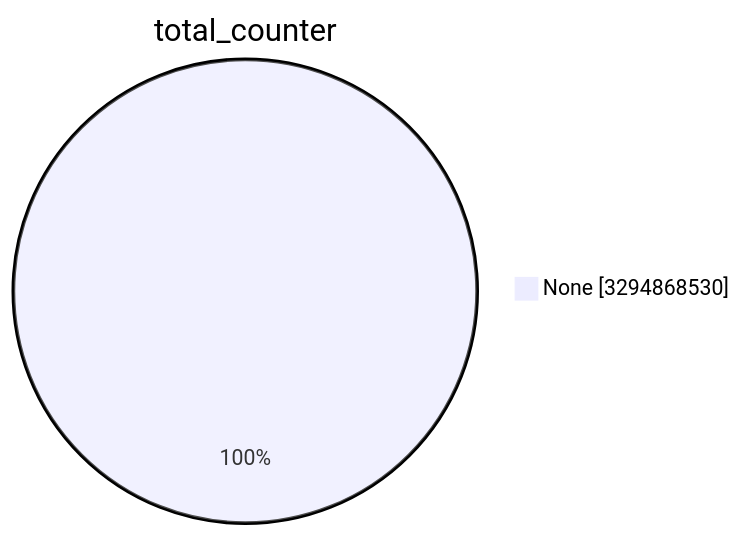
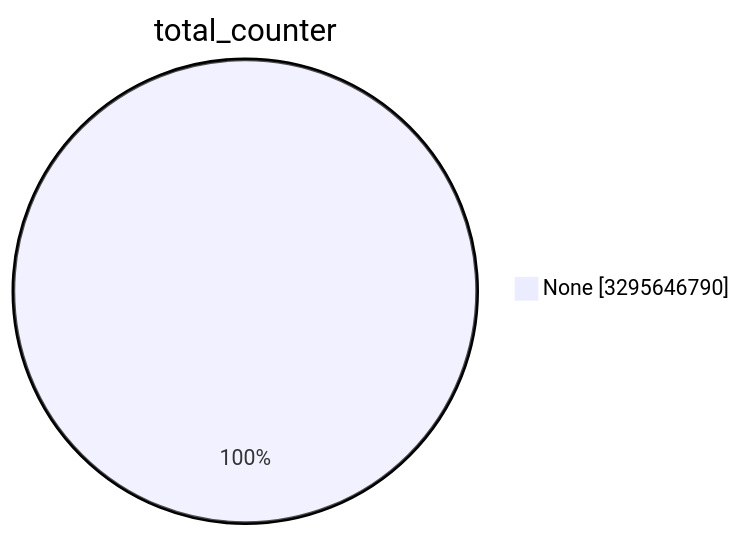
The first of 15 diagrams in TOTAL/README.md (christiankrug/ctmonitor_visualization), drawn with Mermaid before and after one commit. The commit also changed other lines of this file, not shown here.

````diff
--- a/TOTAL/README.md
+++ b/TOTAL/README.md
@@ -1,5 +1,5 @@
 ```mermaid
 pie showData
 title total_counter
-"None" :3294868530
+"None" :3295646790
 ```
````
